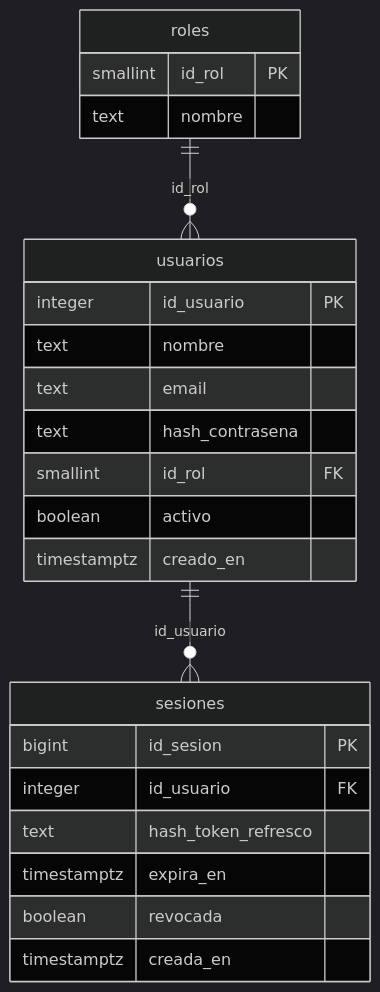
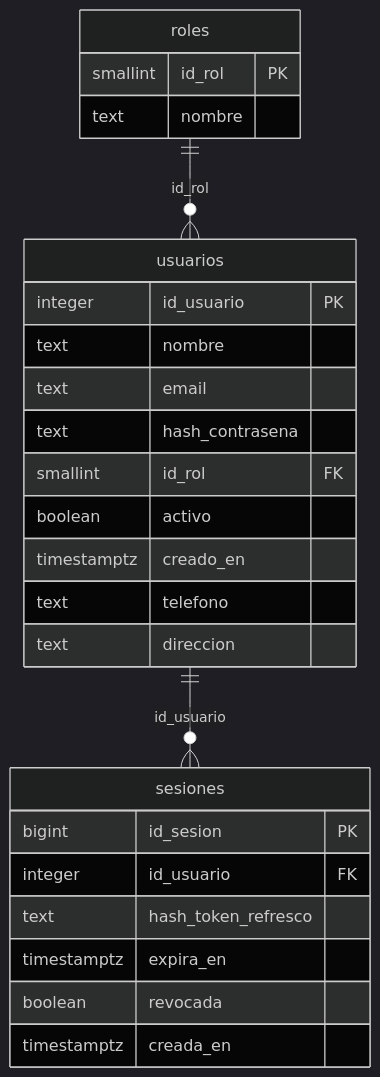
Before and after one commit to elsktr/CAPSTONE-PROYECTO-TITULO: the first of 6 diagrams in Fase 2/Proyectos/App-mobile-docker-backend/docs/modelo-datos.md, drawn with Mermaid (dark theme). The commit also changed other lines of this file and 158 other files, not shown here.

````diff
--- a/Fase 2/Proyectos/App-mobile-docker-backend/docs/modelo-datos.md
+++ b/Fase 2/Proyectos/App-mobile-docker-backend/docs/modelo-datos.md
@@ -128,26 +133,28 @@
 ```mermaid
 erDiagram
   roles {
     smallint id_rol PK
     text nombre
   }
   sesiones {
     bigint id_sesion PK
     integer id_usuario FK
     text hash_token_refresco
     timestamptz expira_en
     boolean revocada
     timestamptz creada_en
   }
   usuarios {
     integer id_usuario PK
     text nombre
     text email
     text hash_contrasena
     smallint id_rol FK
     boolean activo
     timestamptz creado_en
+    text telefono
+    text direccion
   }
   usuarios ||--o{ sesiones : "id_usuario"
   roles ||--o{ usuarios : "id_rol"
 ```
````
